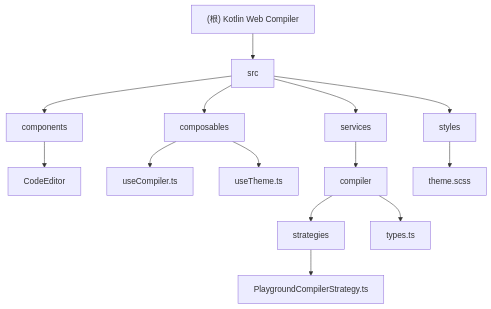
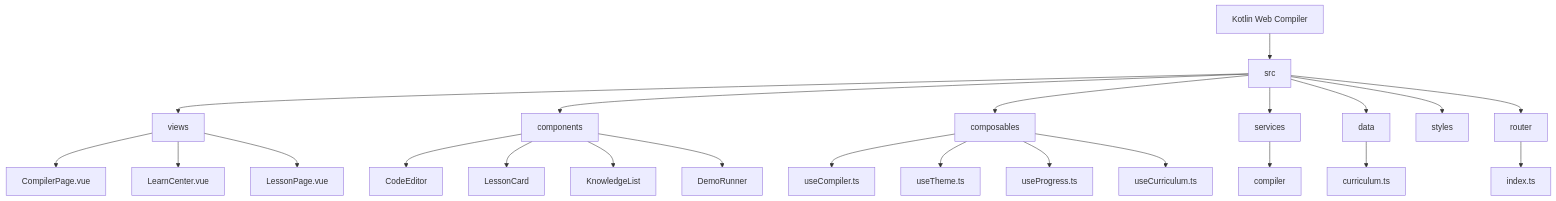
One commit to xiaweizi/KotlinLab changed the diagram in CLAUDE.md. Above: the diagram before and after it, drawn with Mermaid. The commit also changed other lines of this file, not shown here.

````diff
--- a/CLAUDE.md
+++ b/CLAUDE.md
@@ -50,25 +85,31 @@
 ```mermaid
 graph TD
-    A["(根) Kotlin Web Compiler"] --> B["src"];
-    B --> C["components"];
-    B --> D["composables"];
-    B --> E["services"];
-    B --> F["styles"];
+    A["Kotlin Web Compiler"] --> B["src"];
+    B --> C["views"];
+    B --> D["components"];
+    B --> E["composables"];
+    B --> F["services"];
+    B --> G["data"];
+    B --> H["styles"];
+    B --> I["router"];
 
-    C --> C1["CodeEditor"];
-    D --> D1["useCompiler.ts"];
-    D --> D2["useTheme.ts"];
-    E --> E1["compiler"];
-    F --> F1["theme.scss"];
+    C --> C1["CompilerPage.vue"];
+    C --> C2["LearnCenter.vue"];
+    C --> C3["LessonPage.vue"];
 
-    E1 --> E2["strategies"];
-    E1 --> E3["types.ts"];
+    D --> D1["CodeEditor"];
+    D --> D2["LessonCard"];
+    D --> D3["KnowledgeList"];
+    D --> D4["DemoRunner"];
 
-    E2 --> E4["PlaygroundCompilerStrategy.ts"];
+    E --> E1["useCompiler.ts"];
+    E --> E2["useTheme.ts"];
+    E --> E3["useProgress.ts"];
+    E --> E4["useCurriculum.ts"];
 
-    click C1 "#src-components-codeeditor" "查看 CodeEditor 组件"
-    click D1 "#src-composables-usecompiler" "查看 useCompiler"
-    click D2 "#src-composables-usetheme" "查看 useTheme"
-    click E1 "#src-services-compiler" "查看 compiler 服务"
-    click F1 "#src-styles-theme" "查看主题样式"
+    F --> F1["compiler"];
+
+    G --> G1["curriculum.ts"];
+
+    I --> I1["index.ts"];
 ```
````
